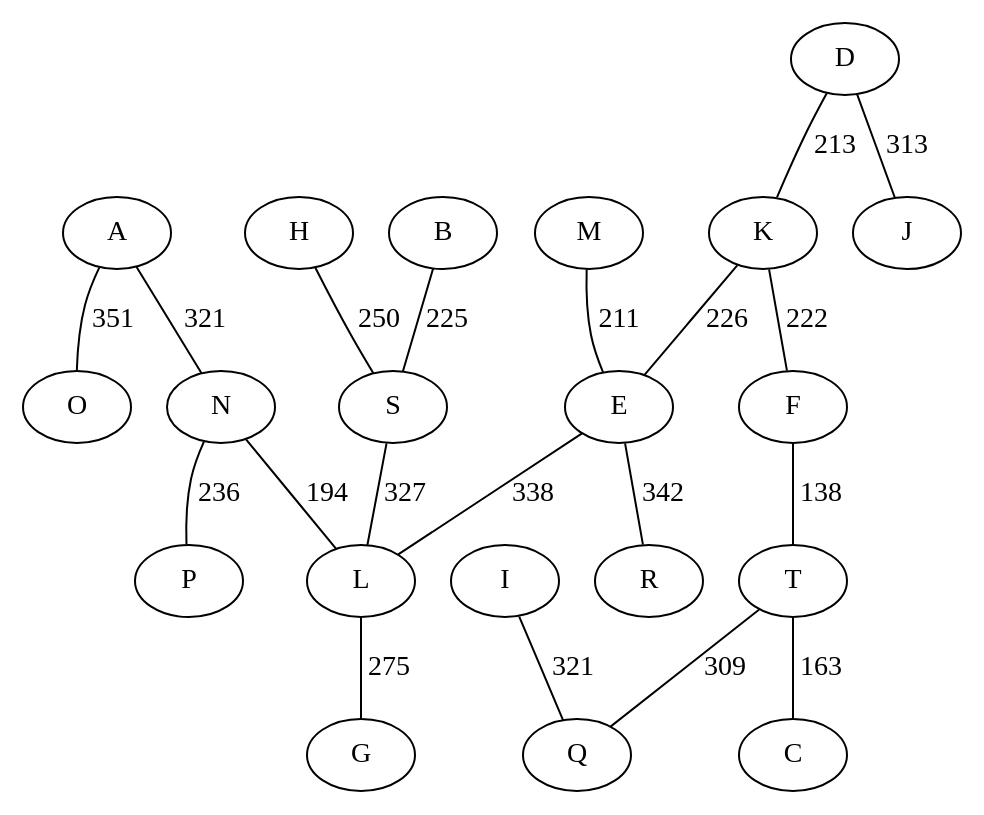
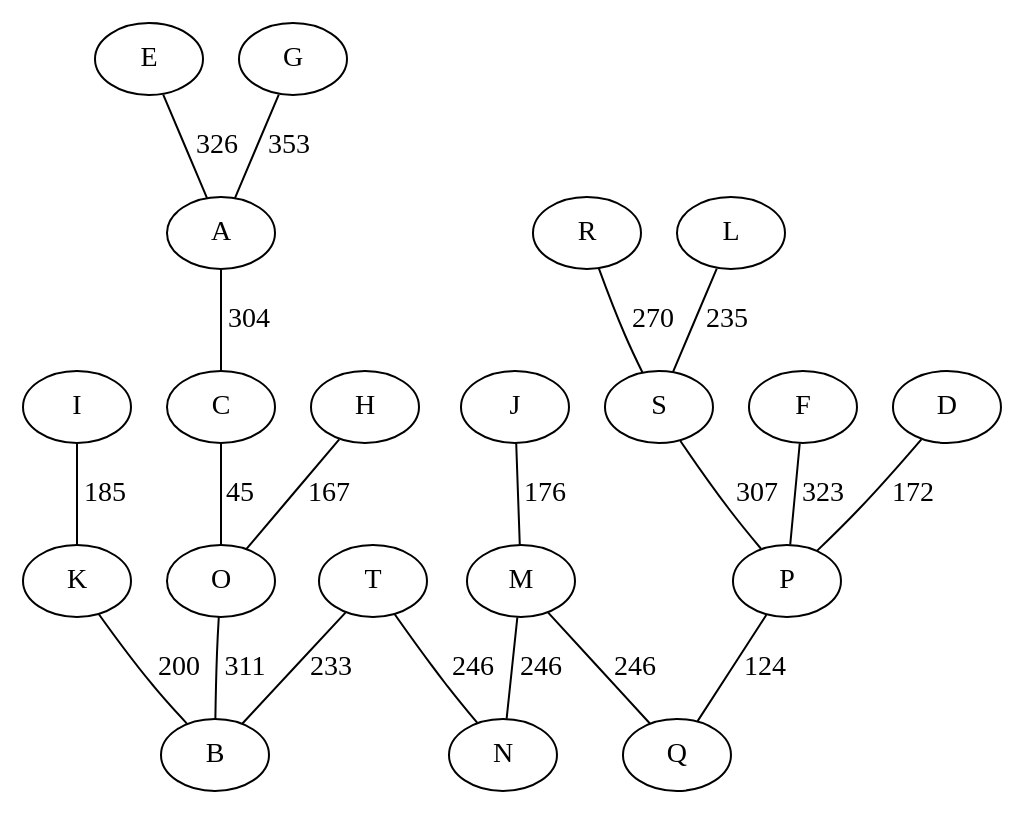
The diagram in Output/Kruskal/MTS.dot (Guiritho/Assignment_Algo), drawn with Graphviz before and after one commit. The commit also changed 23 other files, not shown here.

```diff
--- a/Output/Kruskal/MTS.dot
+++ b/Output/Kruskal/MTS.dot
@@ -1,21 +1,21 @@
 graph MST {
-	F -- T [label="138"];
-	T -- C [label="163"];
-	N -- L [label="194"];
-	M -- E [label="211"];
-	D -- K [label="213"];
-	K -- F [label="222"];
-	B -- S [label="225"];
-	K -- E [label="226"];
-	N -- P [label="236"];
-	H -- S [label="250"];
-	L -- G [label="275"];
-	T -- Q [label="309"];
-	D -- J [label="313"];
-	I -- Q [label="321"];
-	A -- N [label="321"];
-	S -- L [label="327"];
-	E -- L [label="338"];
-	E -- R [label="342"];
-	A -- O [label="351"];
+	C -- O [label="45"];
+	P -- Q [label="124"];
+	H -- O [label="167"];
+	D -- P [label="172"];
+	J -- M [label="176"];
+	I -- K [label="185"];
+	K -- B [label="200"];
+	T -- B [label="233"];
+	L -- S [label="235"];
+	M -- N [label="246"];
+	M -- Q [label="246"];
+	T -- N [label="246"];
+	R -- S [label="270"];
+	A -- C [label="304"];
+	S -- P [label="307"];
+	O -- B [label="311"];
+	F -- P [label="323"];
+	E -- A [label="326"];
+	G -- A [label="353"];
 }
```
